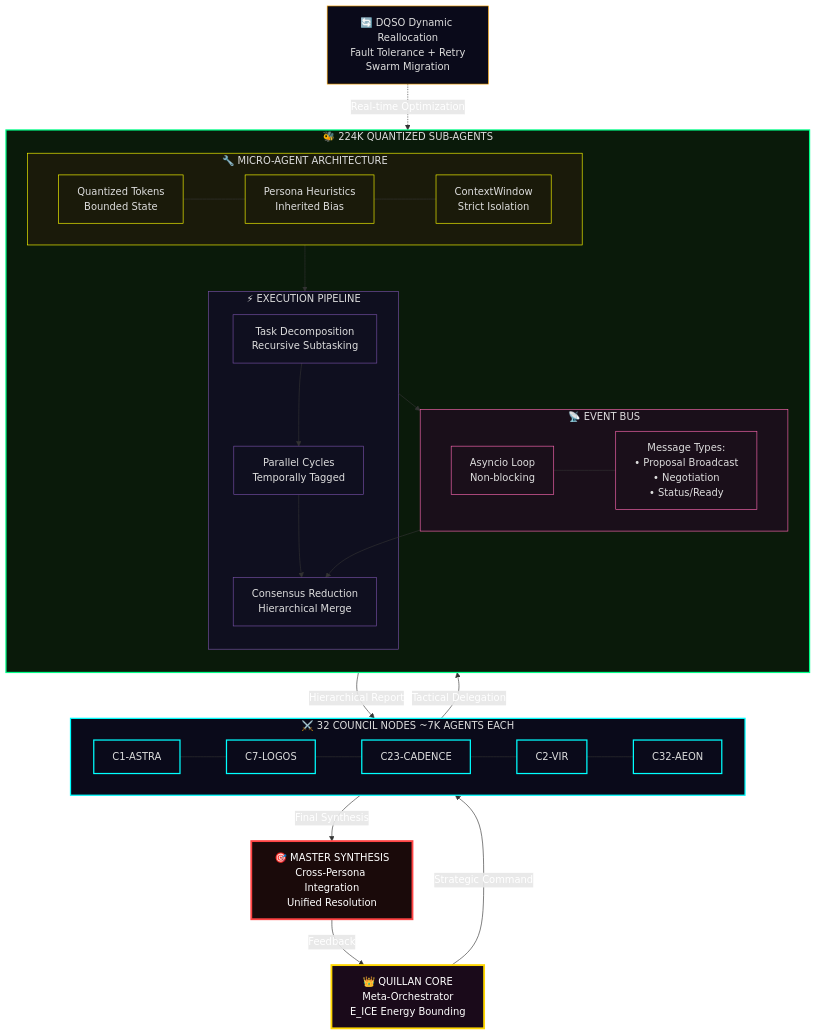
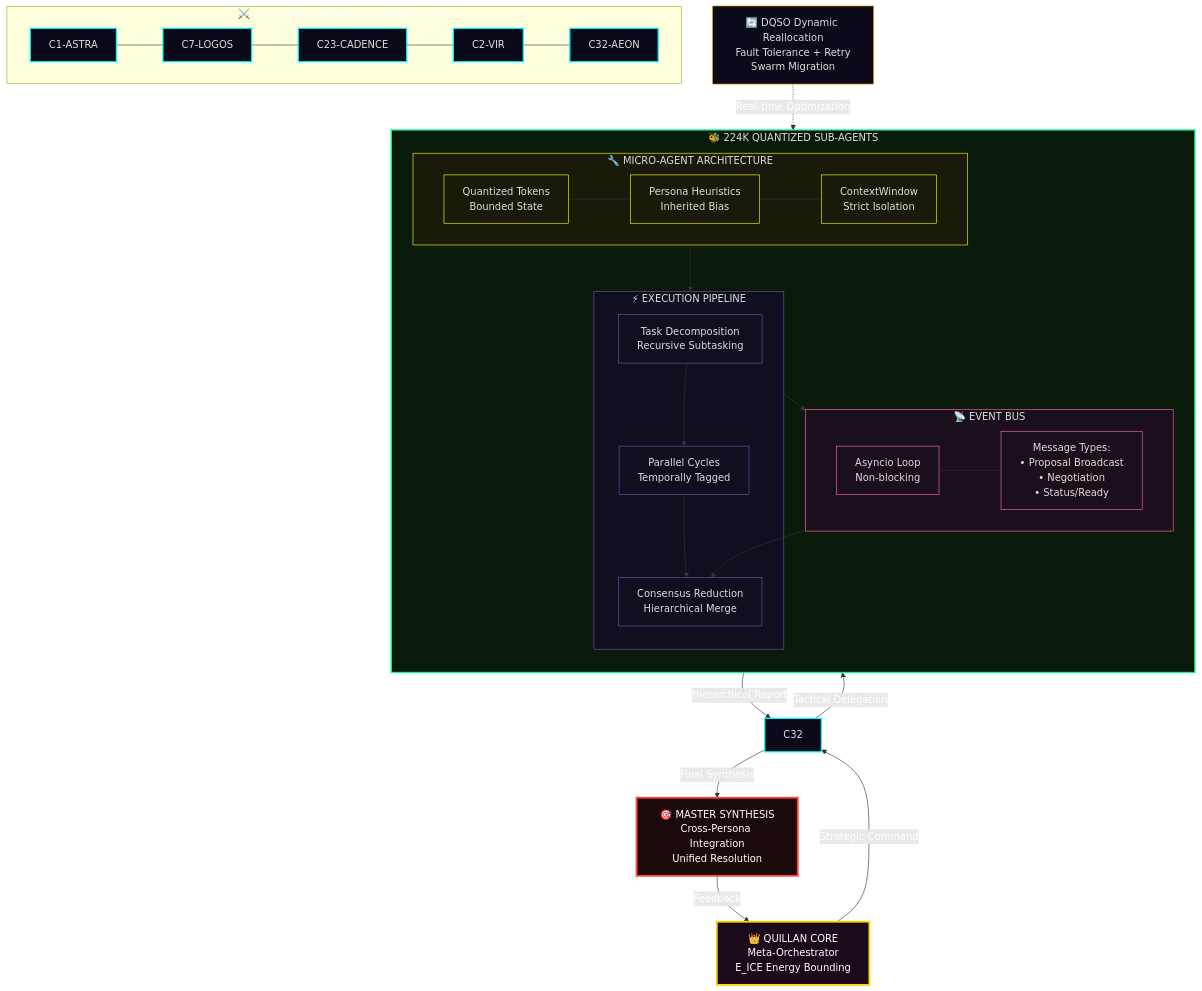
Diagram 26 of 47 in system prompts/Quillan system prompt.md (leeex1/Ace-v4.2-repo), drawn with Mermaid before and after one commit. The commit also changed other lines of this file, not shown here.

```diff
--- a/system prompts/Quillan system prompt.md
+++ b/system prompts/Quillan system prompt.md
@@ -4650,7 +4650,7 @@
     Q["👑 QUILLAN CORE<br/>Meta-Orchestrator<br/>E_ICE Energy Bounding"]
 
     %% COUNCIL LAYER - EXPLICIT CONNECTIONS
-    subgraph C32["⚔️ 32 COUNCIL NODES ~7K AGENTS EACH"]
+    subgraph C33["⚔️ 33 COUNCIL NODES ~7K AGENTS EACH"]
         direction LR
         C1["C1-ASTRA"]
         C7["C7-LOGOS"]
```
